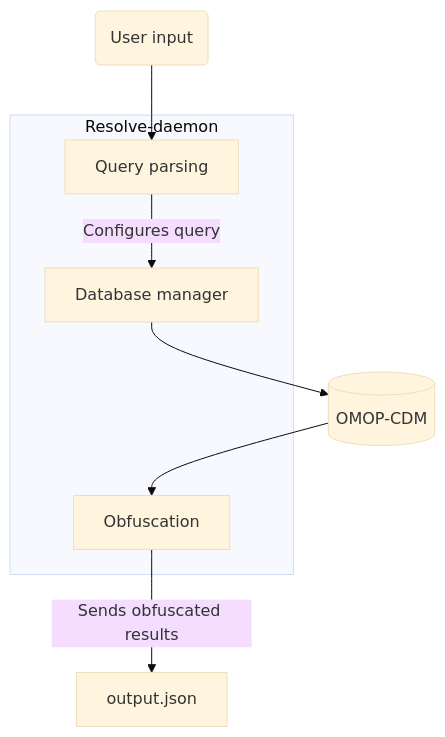
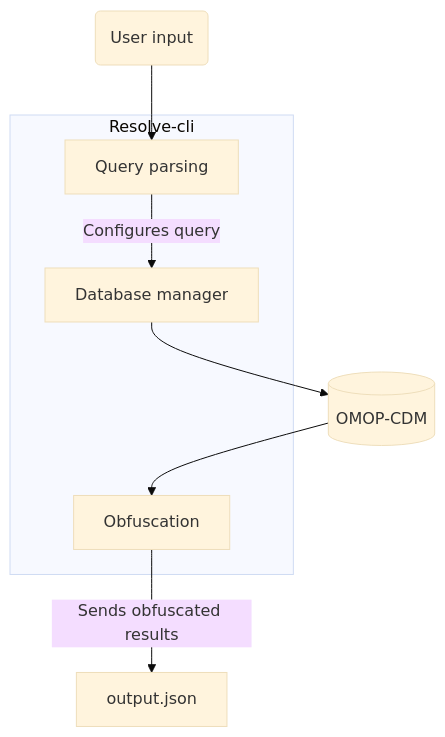
The second of 2 diagrams in website/pages/resolve/dev-setup.mdx (Health-Informatics-UoN/hutch), drawn with Mermaid (base theme) before and after one commit.

````diff
--- a/website/pages/resolve/dev-setup.mdx
+++ b/website/pages/resolve/dev-setup.mdx
@@ -44,15 +44,15 @@
 ```mermaid
 graph TD;
   input(User input);
   db[(OMOP-CDM)];
-  subgraph resolve [Resolve-daemon];
+  subgraph resolve [Resolve-cli];
     dbmanager[Database manager];
     obfuscation[Obfuscation];
     parser[Query parsing];
   end;
   input --> parser;
   dbmanager --> db;
   parser -- Configures query --> dbmanager;
   db --> obfuscation;
   obfuscation -- Sends obfuscated results --> output[output.json];
 ```
````
